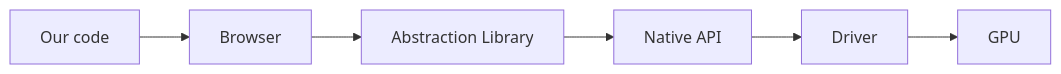
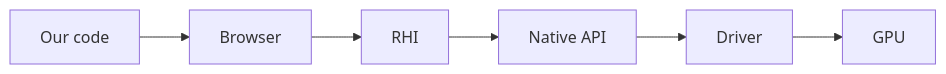
One commit to Bromles/wgpu-tutorial changed the third of 4 diagrams in docs/index.md. Above: the diagram before and after it, drawn with Mermaid. The commit also changed other lines of this file, not shown here.

````diff
--- a/docs/index.md
+++ b/docs/index.md
@@ -47,4 +48,4 @@
 ```mermaid
 flowchart LR
-    Code["Our code"] --> Browser --> Abstraction["Abstraction Library"] --> Native["Native API"] --> Driver --> GPU
+    Code["Our code"] --> Browser --> RHI["RHI"] --> Native["Native API"] --> Driver --> GPU
 ```
````
